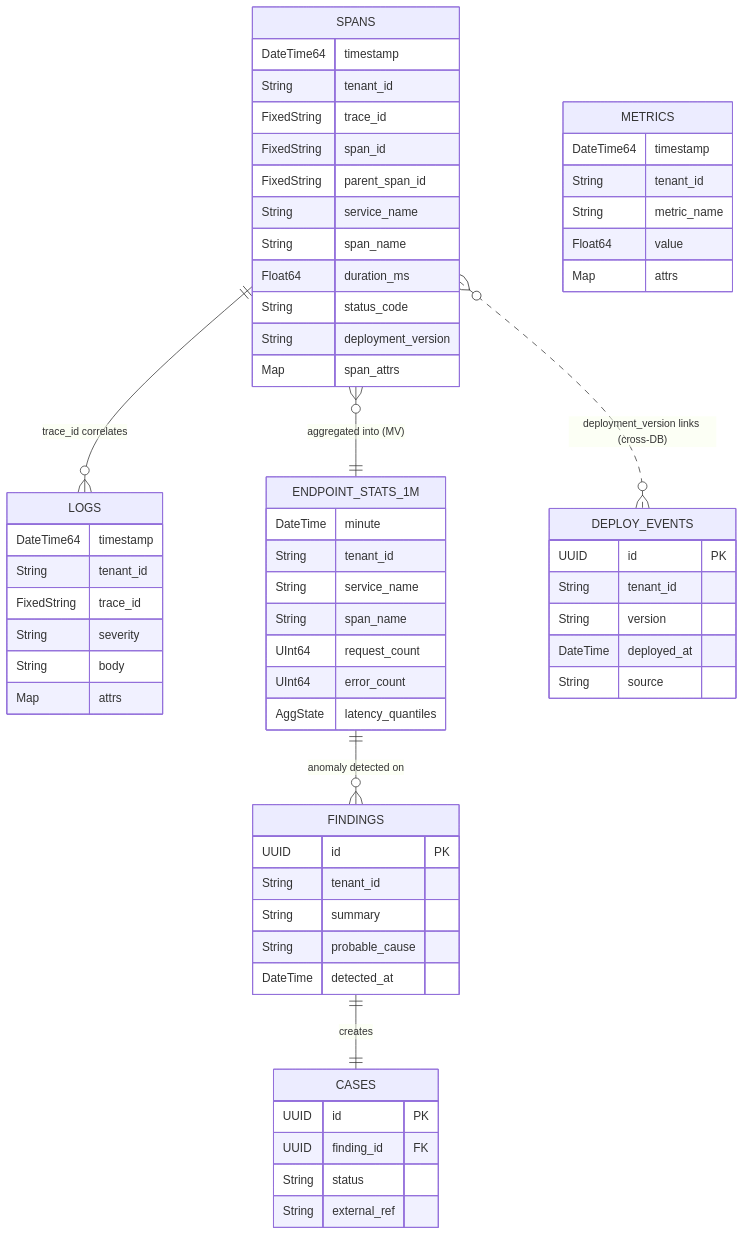
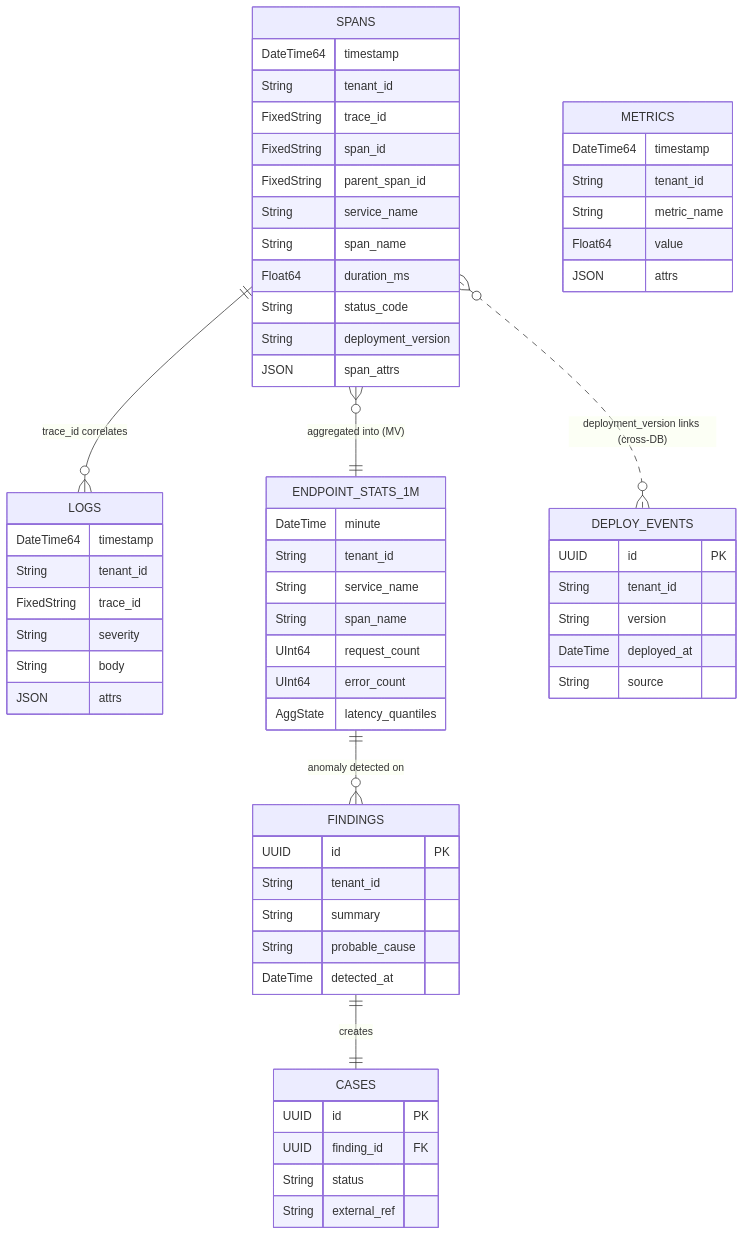
Before and after one commit to nexovue-tech/nexovue: the second of 2 diagrams in docs/architecture/system-architecture.md, drawn with Mermaid. The commit also changed other lines of this file and 2 other files, not shown here.

First line of the commit message:
Move ClickHouse attributes to the native JSON type; settle storage and scheduler

````diff
--- a/docs/architecture/system-architecture.md
+++ b/docs/architecture/system-architecture.md
@@ -237,66 +240,66 @@
 ```mermaid
 erDiagram
     SPANS ||--o{ LOGS : "trace_id correlates"
     SPANS }o--|| ENDPOINT_STATS_1M : "aggregated into (MV)"
     SPANS }o..o{ DEPLOY_EVENTS : "deployment_version links (cross-DB)"
     ENDPOINT_STATS_1M ||--o{ FINDINGS : "anomaly detected on"
     FINDINGS ||--|| CASES : "creates"
 
     SPANS {
         DateTime64 timestamp
         String tenant_id
         FixedString trace_id
         FixedString span_id
         FixedString parent_span_id
         String service_name
         String span_name
         Float64 duration_ms
         String status_code
         String deployment_version
-        Map span_attrs
+        JSON span_attrs
     }
     LOGS {
         DateTime64 timestamp
         String tenant_id
         FixedString trace_id
         String severity
         String body
-        Map attrs
+        JSON attrs
     }
     METRICS {
         DateTime64 timestamp
         String tenant_id
         String metric_name
         Float64 value
-        Map attrs
+        JSON attrs
     }
     ENDPOINT_STATS_1M {
         DateTime minute
         String tenant_id
         String service_name
         String span_name
         UInt64 request_count
         UInt64 error_count
         AggState latency_quantiles
     }
     DEPLOY_EVENTS {
         UUID id PK
         String tenant_id
         String version
         DateTime deployed_at
         String source
     }
     FINDINGS {
         UUID id PK
         String tenant_id
         String summary
         String probable_cause
         DateTime detected_at
     }
     CASES {
         UUID id PK
         UUID finding_id FK
         String status
         String external_ref
     }
 ```
````
